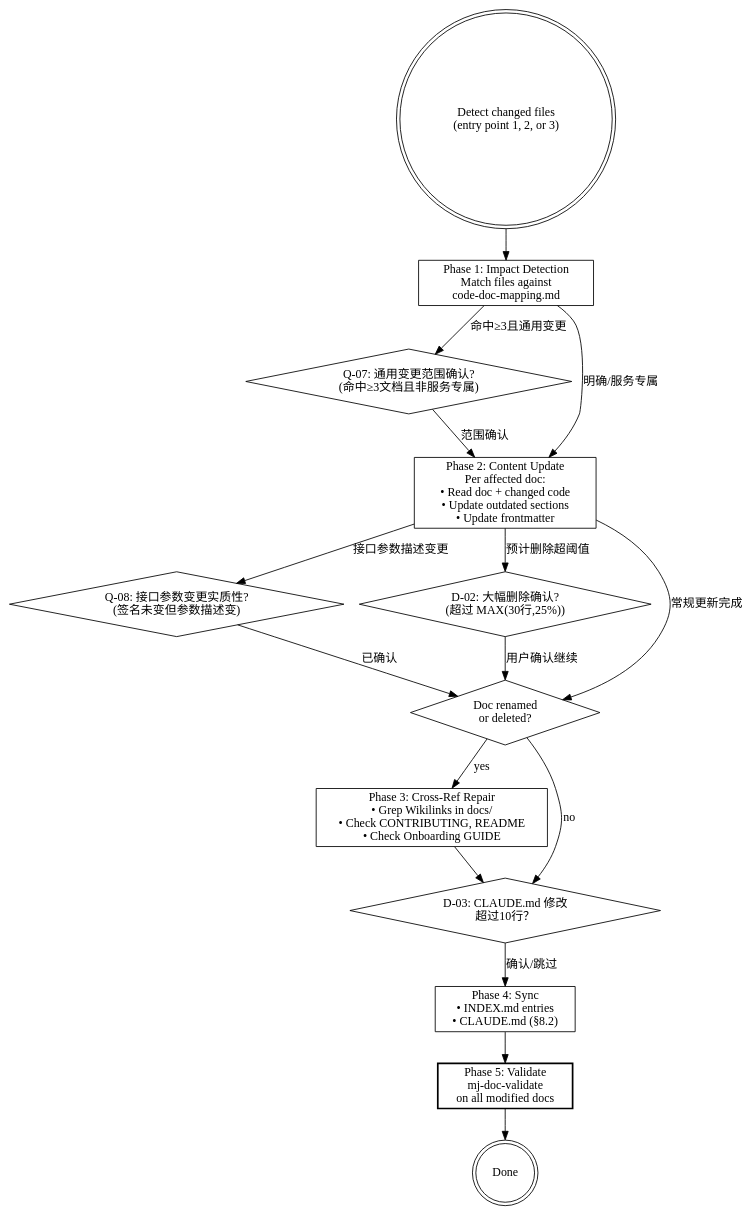
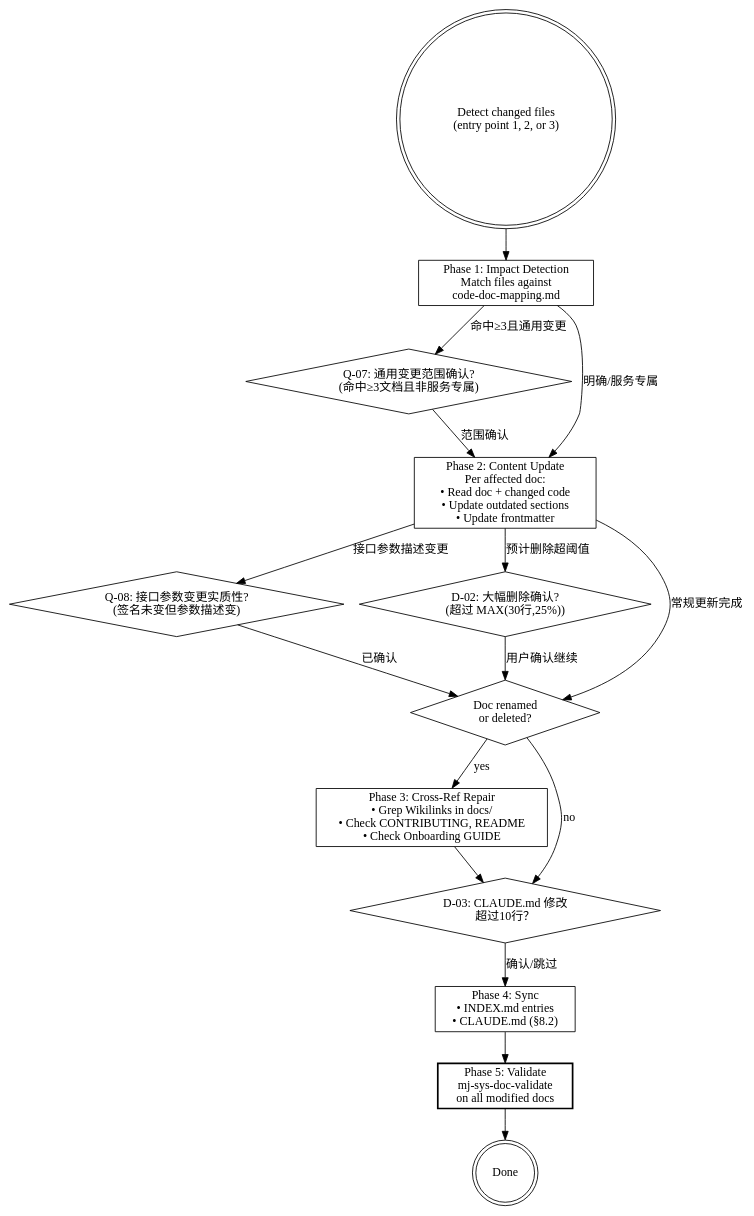
One commit to MJ-AgentLab/mj-agentlab-marketplace changed the diagram in plugins/mj-sys-doc/skills/mj-sys-doc-sync/SKILL.md. Above: the diagram before and after it, drawn with Graphviz. The commit also changed other lines of this file and 54 other files, not shown here.

First line of the commit message:
docs(plugins): update all CLAUDE.md / README.md / SKILL.md cross-references to mj-sys-* namespace

````diff
--- a/plugins/mj-sys-doc/skills/mj-sys-doc-sync/SKILL.md
+++ b/plugins/mj-sys-doc/skills/mj-sys-doc-sync/SKILL.md
@@ -20,42 +20,42 @@
 ```dot
 digraph sync {
   rankdir=TB;
   detect [label="Detect changed files\n(entry point 1, 2, or 3)" shape=doublecircle];
 
   p1 [label="Phase 1: Impact Detection\nMatch files against\ncode-doc-mapping.md" shape=box];
 
   q07 [label="Q-07: 通用变更范围确认?\n(命中≥3文档且非服务专属)" shape=diamond];
 
   p2 [label="Phase 2: Content Update\nPer affected doc:\n• Read doc + changed code\n• Update outdated sections\n• Update frontmatter" shape=box];
 
   q08 [label="Q-08: 接口参数变更实质性?\n(签名未变但参数描述变)" shape=diamond];
   d02 [label="D-02: 大幅删除确认?\n(超过 MAX(30行,25%))" shape=diamond];
 
   renamed [label="Doc renamed\nor deleted?" shape=diamond];
 
   p3 [label="Phase 3: Cross-Ref Repair\n• Grep Wikilinks in docs/\n• Check CONTRIBUTING, README\n• Check Onboarding GUIDE" shape=box];
 
   d03 [label="D-03: CLAUDE.md 修改\n超过10行？" shape=diamond];
 
   p4 [label="Phase 4: Sync\n• INDEX.md entries\n• CLAUDE.md (§8.2)" shape=box];
 
-  p5 [label="Phase 5: Validate\nmj-doc-validate\non all modified docs" shape=box style=bold];
+  p5 [label="Phase 5: Validate\nmj-sys-doc-validate\non all modified docs" shape=box style=bold];
 
   done [label="Done" shape=doublecircle];
 
   detect -> p1;
   p1 -> q07 [label="命中≥3且通用变更"];
   p1 -> p2 [label="明确/服务专属"];
   q07 -> p2 [label="范围确认"];
   p2 -> q08 [label="接口参数描述变更"];
   p2 -> d02 [label="预计删除超阈值"];
   p2 -> renamed [label="常规更新完成"];
   q08 -> renamed [label="已确认"];
   d02 -> renamed [label="用户确认继续"];
   renamed -> p3 [label="yes"];
   renamed -> d03 [label="no"];
   p3 -> d03;
   d03 -> p4 [label="确认/跳过"];
   p4 -> p5 -> done;
 }
 ```
````
